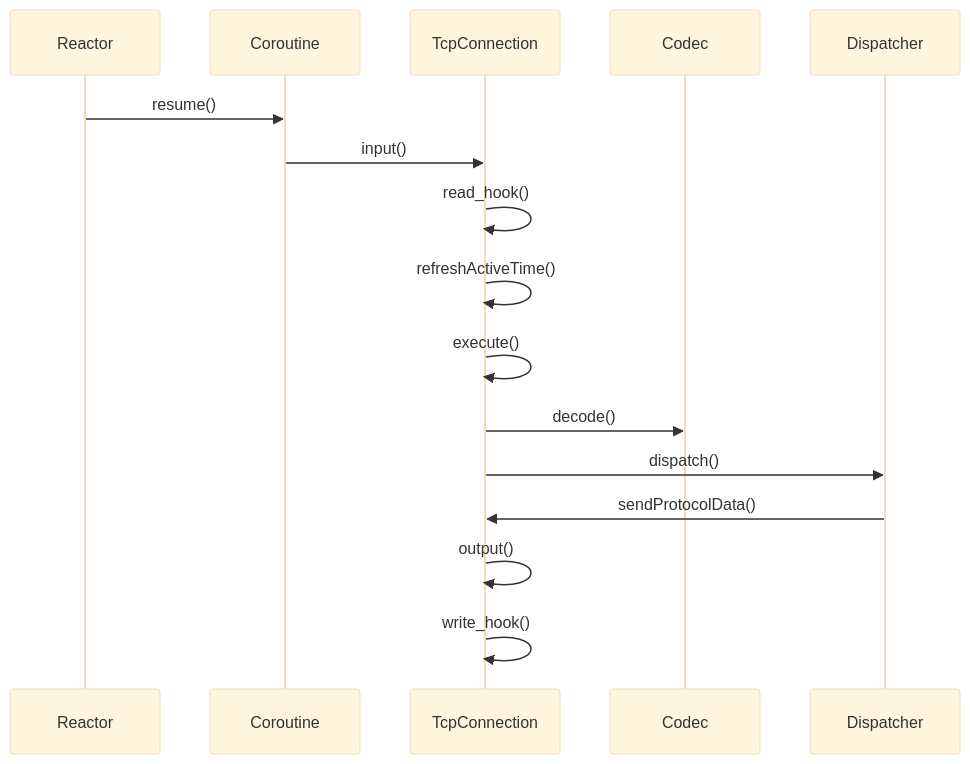
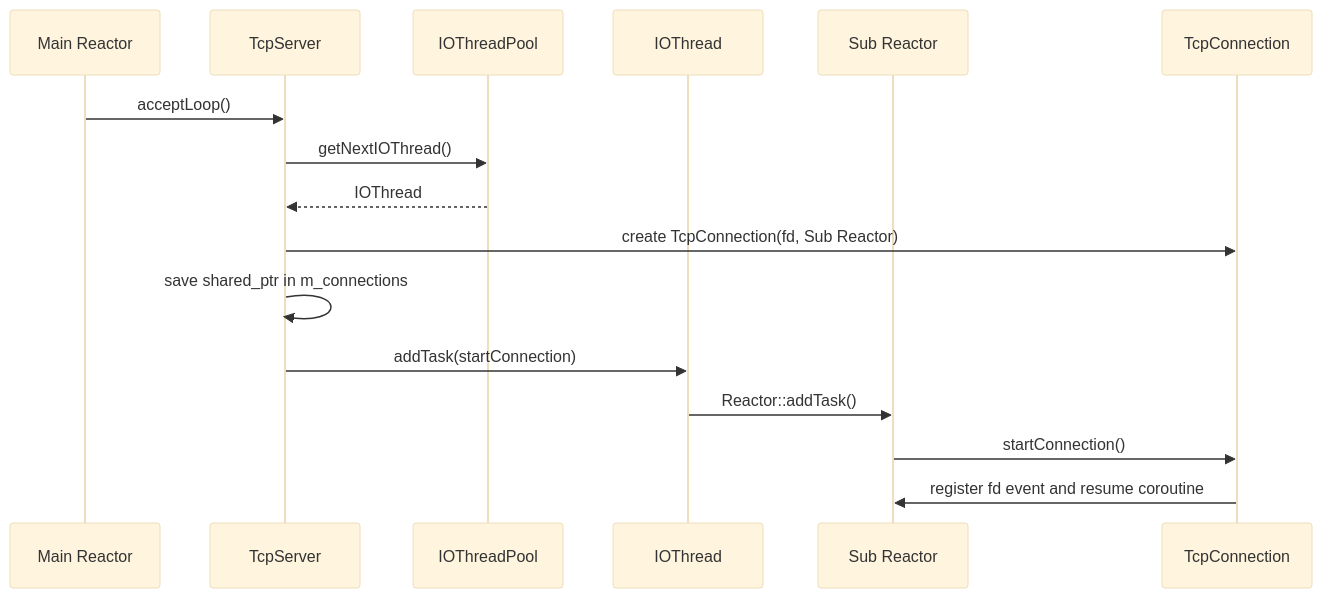
One commit to echo9923/rpc changed the second of 5 diagrams in docs/tcpconnection-lifetime.md. Above: the diagram before and after it, drawn with Mermaid (base theme). The commit also changed other lines of this file and 2 other files, not shown here.

Commit message:
docs(tcp): 任务五十七已完成 明确连接所有权和状态机

````diff
--- a/docs/tcpconnection-lifetime.md
+++ b/docs/tcpconnection-lifetime.md
@@ -38,19 +54,19 @@
 ```mermaid
 sequenceDiagram
-    participant Reactor as Reactor
-    participant Coroutine as Coroutine
-    participant Connection as TcpConnection
-    participant Codec as Codec
-    participant Dispatcher as Dispatcher
+    participant Main as Main Reactor
+    participant Server as TcpServer
+    participant Pool as IOThreadPool
+    participant IO as IOThread
+    participant Sub as Sub Reactor
+    participant Conn as TcpConnection
 
-    Reactor->>Coroutine: resume()
-    Coroutine->>Connection: input()
-    Connection->>Connection: read_hook()
-    Connection->>Connection: refreshActiveTime()
-    Connection->>Connection: execute()
-    Connection->>Codec: decode()
-    Connection->>Dispatcher: dispatch()
-    Dispatcher->>Connection: sendProtocolData()
-    Connection->>Connection: output()
-    Connection->>Connection: write_hook()
+    Main->>Server: acceptLoop()
+    Server->>Pool: getNextIOThread()
+    Pool-->>Server: IOThread
+    Server->>Conn: create TcpConnection(fd, Sub Reactor)
+    Server->>Server: save shared_ptr in m_connections
+    Server->>IO: addTask(startConnection)
+    IO->>Sub: Reactor::addTask()
+    Sub->>Conn: startConnection()
+    Conn->>Sub: register fd event and resume coroutine
 ```
````
